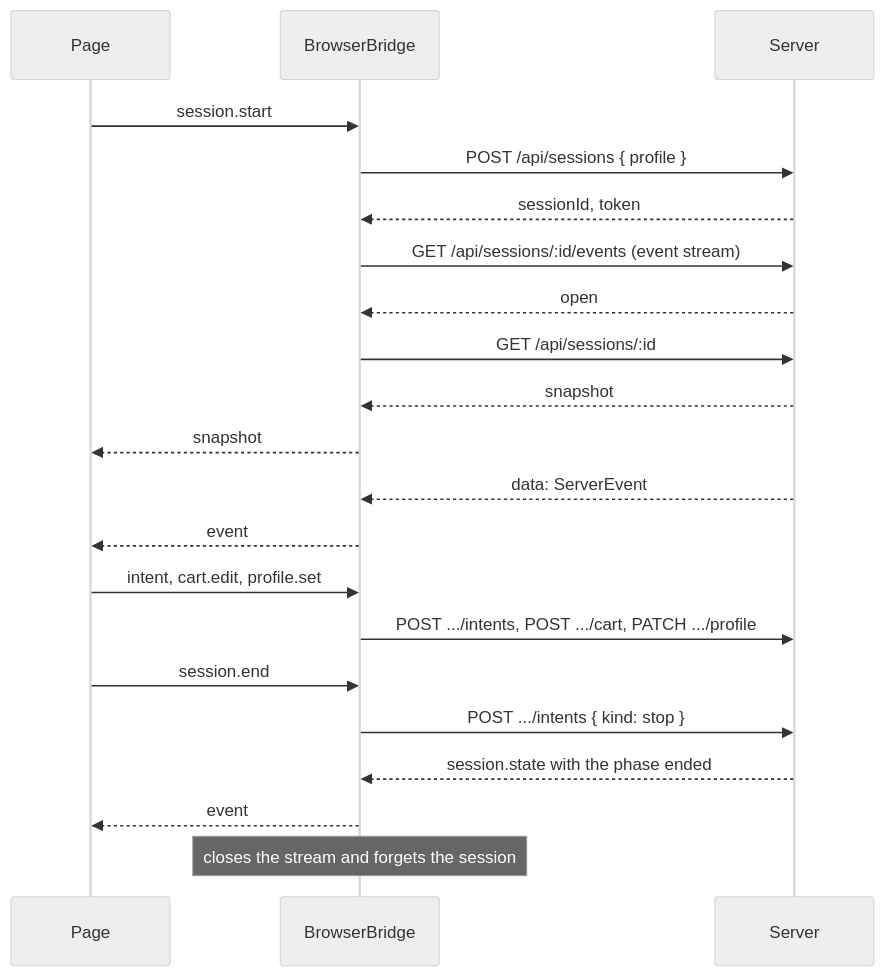
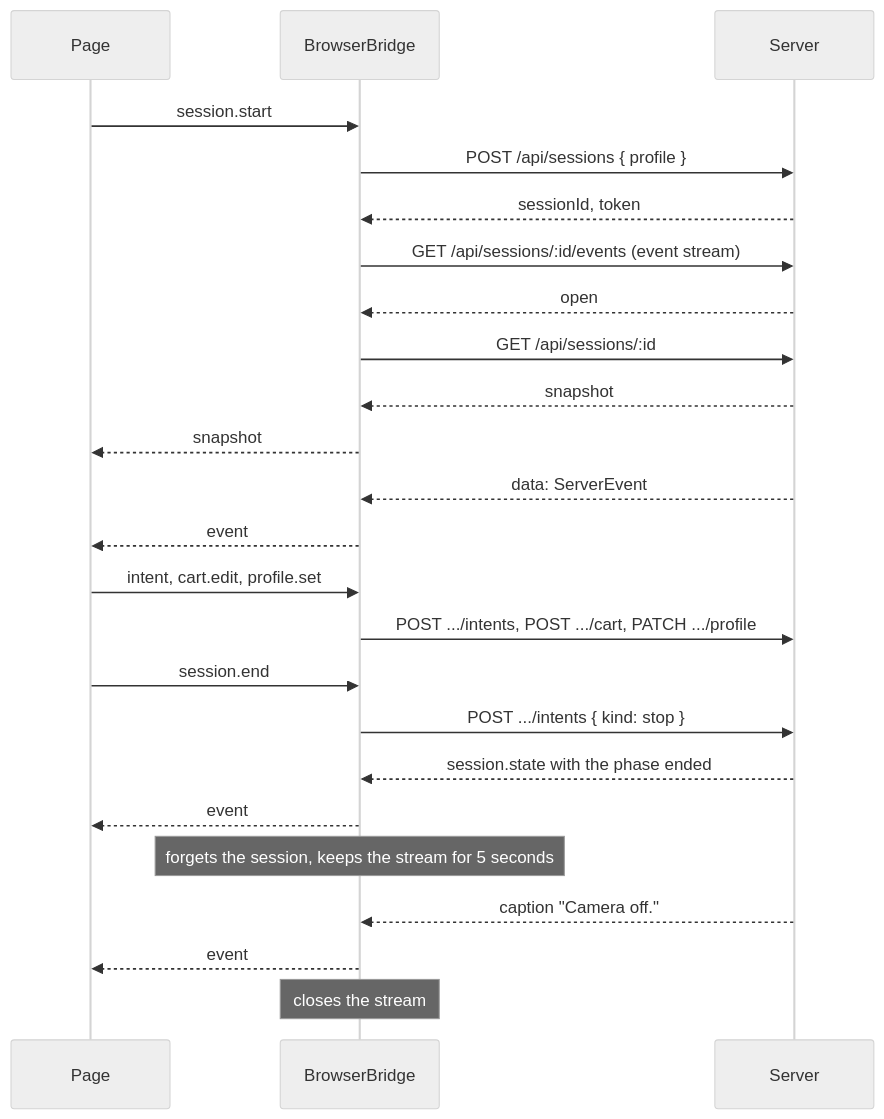
One commit to mrBymax/glance changed the second of 5 diagrams in apps/mobile/ui/README.md. Above: the diagram before and after it, drawn with Mermaid (neutral theme). The commit also changed other lines of this file and 2 other files, not shown here.

Commit message:
fix(ui): keep the event stream open for the last spoken line of a session

````diff
--- a/apps/mobile/ui/README.md
+++ b/apps/mobile/ui/README.md
@@ -67,23 +67,26 @@
 ```mermaid
 sequenceDiagram
   participant P as Page
   participant B as BrowserBridge
   participant S as Server
   P->>B: session.start
   B->>S: POST /api/sessions { profile }
   S-->>B: sessionId, token
   B->>S: GET /api/sessions/:id/events (event stream)
   S-->>B: open
   B->>S: GET /api/sessions/:id
   S-->>B: snapshot
   B-->>P: snapshot
   S-->>B: data: ServerEvent
   B-->>P: event
   P->>B: intent, cart.edit, profile.set
   B->>S: POST .../intents, POST .../cart, PATCH .../profile
   P->>B: session.end
   B->>S: POST .../intents { kind: stop }
   S-->>B: session.state with the phase ended
   B-->>P: event
-  Note over B: closes the stream and forgets the session
+  Note over B: forgets the session, keeps the stream for 5 seconds
+  S-->>B: caption "Camera off."
+  B-->>P: event
+  Note over B: closes the stream
 ```
````
